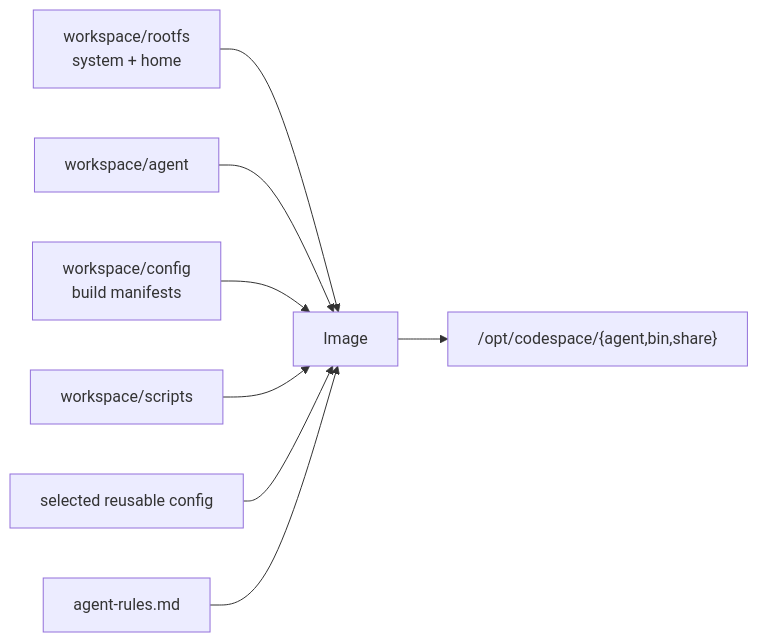
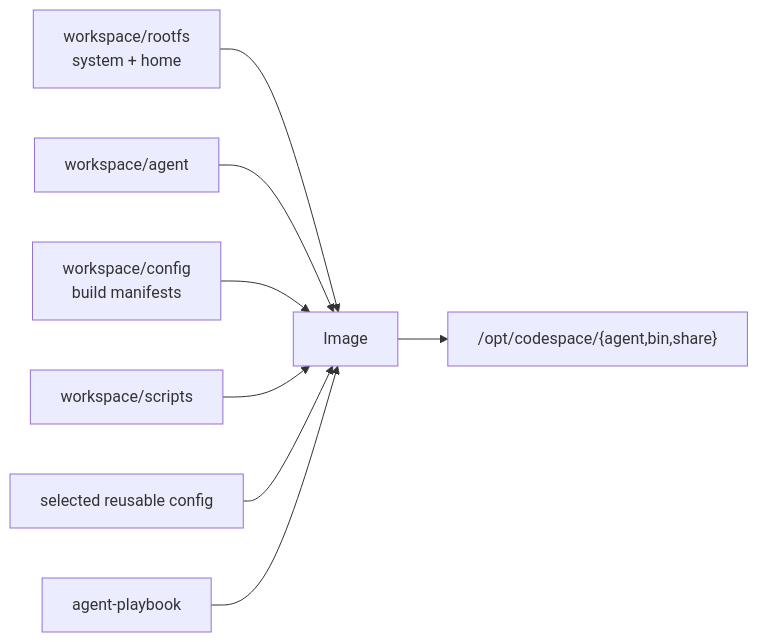
The first of 3 diagrams in platform/container/workspace/DESIGN.md (curoky/codespace), drawn with Mermaid before and after one commit. The commit also changed other lines of this file and 30 other files, not shown here.

````diff
--- a/platform/container/workspace/DESIGN.md
+++ b/platform/container/workspace/DESIGN.md
@@ -7,10 +7,10 @@
 ```mermaid
 flowchart LR
     Rootfs["workspace/rootfs<br/>system + home"] --> Image
     Agent["workspace/agent"] --> Image
     Config["workspace/config<br/>build manifests"] --> Image
     Scripts["workspace/scripts"] --> Image
     Dotfiles["selected reusable config"] --> Image
-    Rules["agent-rules.md"] --> Image
+    Playbook["agent-playbook"] --> Image
     Image --> Runtime["/opt/codespace/{agent,bin,share}"]
 ```
````
